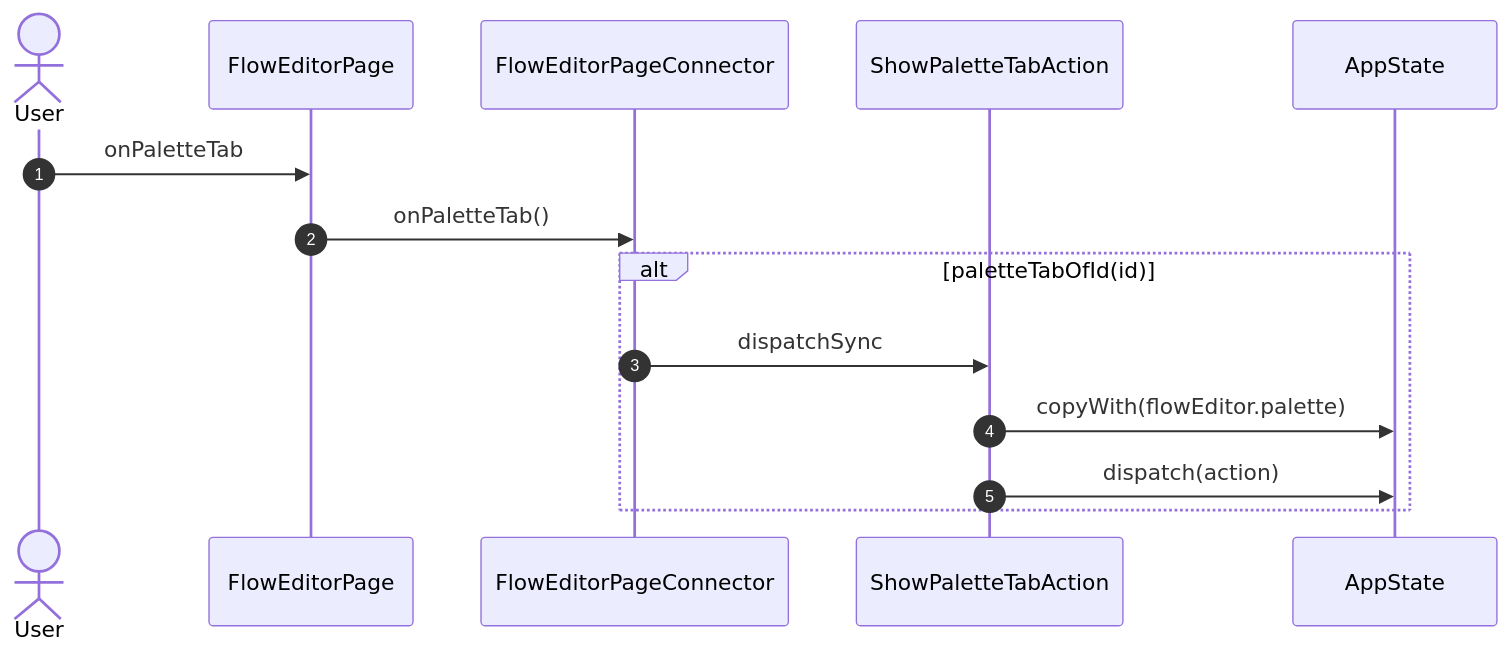
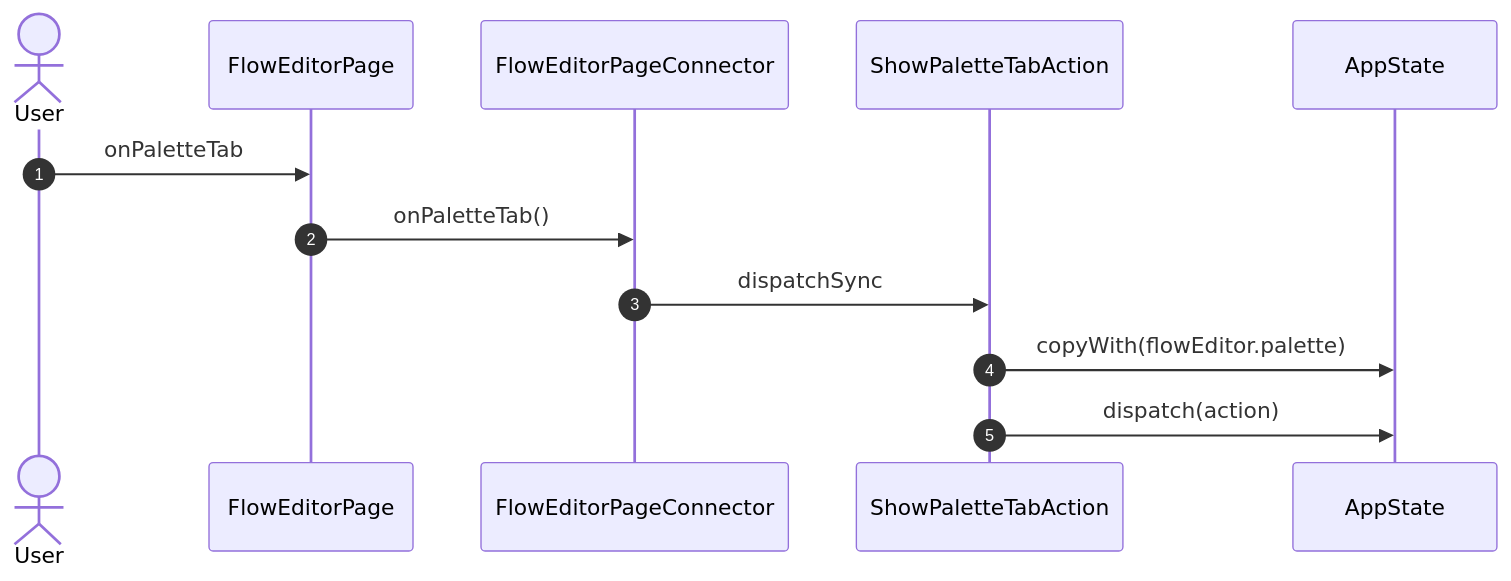
Before and after one commit to gencto/wyrm: diagram 19 of 39 in studio/docs/flows/flowEditor.md, drawn with Mermaid. The commit also changed other lines of this file and 25 other files, not shown here.

````diff
--- a/studio/docs/flows/flowEditor.md
+++ b/studio/docs/flows/flowEditor.md
@@ -349,17 +342,15 @@
 ```mermaid
 sequenceDiagram
     autonumber
     actor User
     participant UI as FlowEditorPage
     participant VM as FlowEditorPageConnector
     participant A1 as ShowPaletteTabAction
     participant ST as AppState
 
     User->>UI: onPaletteTab
     UI->>VM: onPaletteTab()
-    alt paletteTabOfId(id)
-        VM->>A1: dispatchSync
-        A1->>ST: copyWith(flowEditor.palette)
-        A1->>ST: dispatch(action)
-    end
+    VM->>A1: dispatchSync
+    A1->>ST: copyWith(flowEditor.palette)
+    A1->>ST: dispatch(action)
 ```
````
